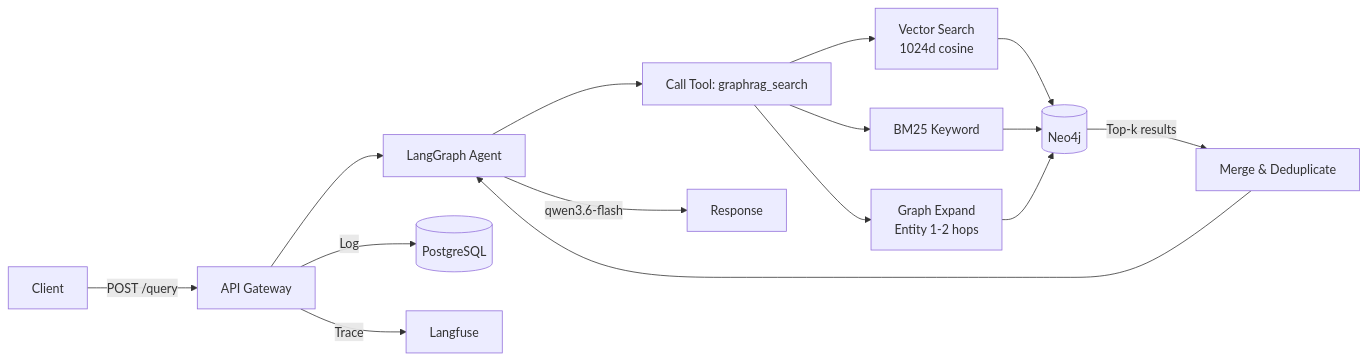
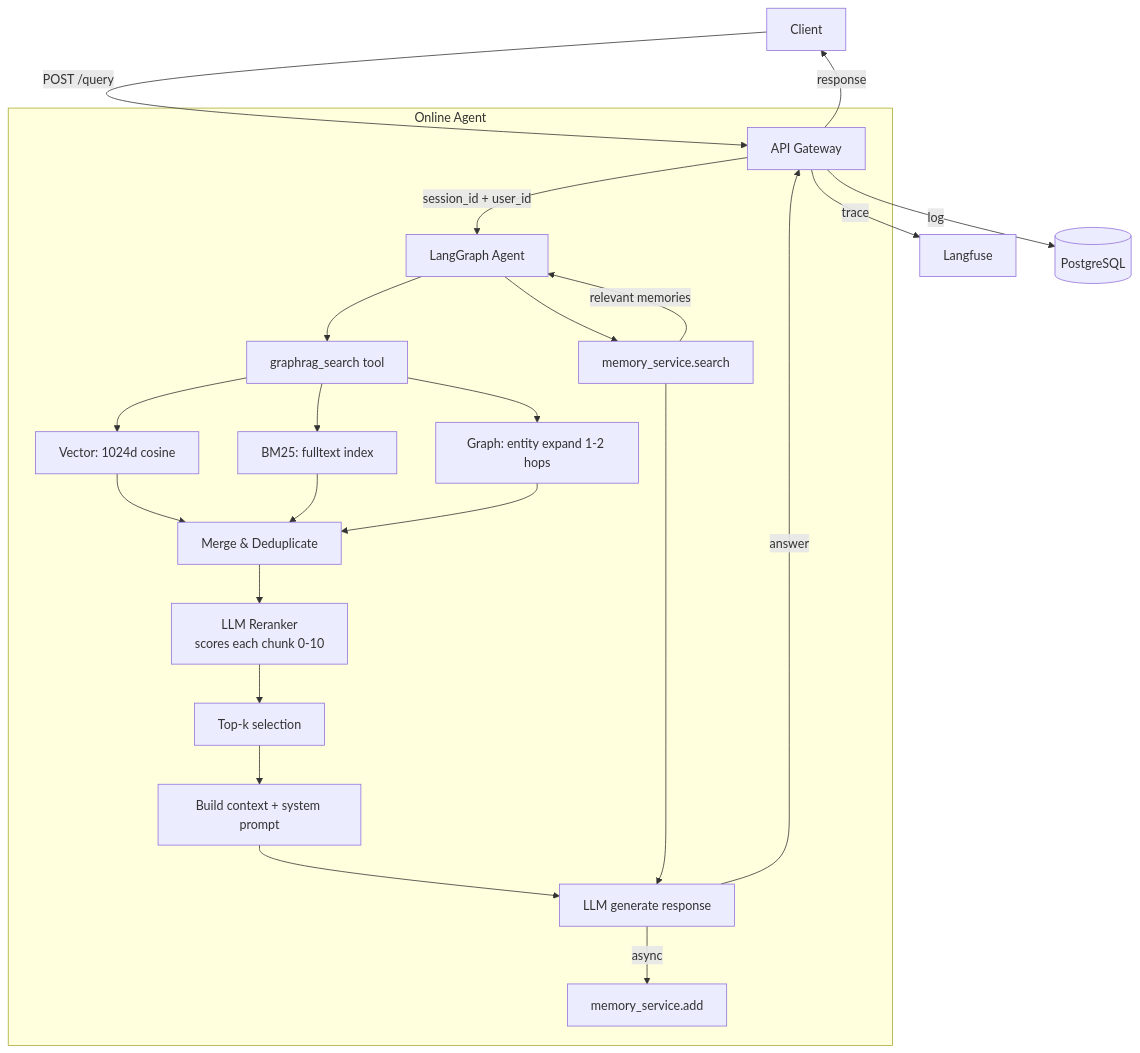
Before and after one commit to kanchengw/NexusGraph: the second of 3 diagrams in README.md, drawn with Mermaid. The commit also changed other lines of this file and 38 other files, not shown here.

````diff
--- a/README.md
+++ b/README.md
@@ -33,21 +53,24 @@
 ```mermaid
-flowchart LR
+flowchart TB
     C[Client] -->|POST /query| GW[API Gateway]
-    GW --> AG[LangGraph Agent]
-    AG --> T["Call Tool: graphrag_search"]
-
-    T --> V[Vector Search<br/>1024d cosine]
-    T --> BM[BM25 Keyword]
-    T --> GR[Graph Expand<br/>Entity 1-2 hops]
-
-    V --> NEO[(Neo4j)]
-    BM --> NEO
-    GR --> NEO
-
-    NEO -->|Top-k results| MG[Merge & Deduplicate]
-    MG --> AG
-
-    AG -->|qwen3.6-flash| RES[Response]
-    GW -->|Log| PG[(PostgreSQL)]
-    GW -->|Trace| LF[Langfuse]
+    subgraph Agent["Online Agent"]
+        GW -->|session_id + user_id| AG[LangGraph Agent]
+        AG --> MEM[memory_service.search]
+        MEM -->|relevant memories| AG
+        AG --> RET[graphrag_search tool]
+        RET --> V[Vector: 1024d cosine]
+        RET --> BM[BM25: fulltext index]
+        RET --> GR[Graph: entity expand 1-2 hops]
+        V & BM & GR --> FUSION[Merge & Deduplicate]
+        FUSION --> RR["LLM Reranker\nscores each chunk 0-10"]
+        RR --> TOPK[Top-k selection]
+        TOPK --> CTX[Build context + system prompt]
+        CTX --> GEN[LLM generate response]
+        MEM --> GEN
+        GEN -->|async| ADD[memory_service.add]
+    end
+    GW -->|trace| LF[Langfuse]
+    GW -->|log| PG[(PostgreSQL)]
+    GEN -->|answer| GW
+    GW -->|response| C
 ```
````
